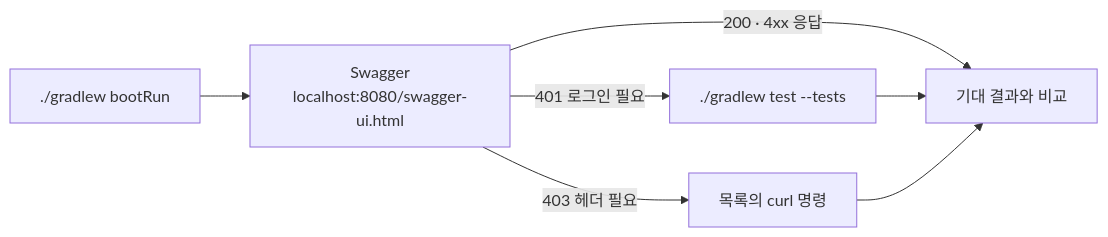
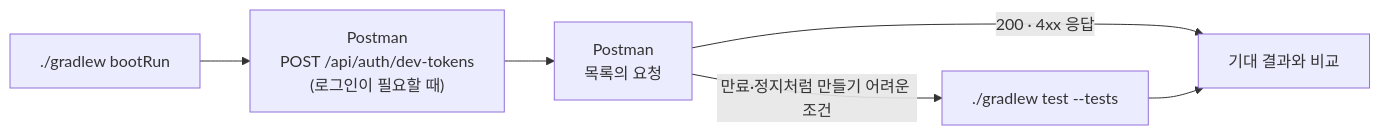
Before and after one commit to Jung-aejin/nyangmeong-backend: the fourth of 4 diagrams in README.md, drawn with Mermaid. The commit also changed other lines of this file and 73 other files, not shown here.

````diff
--- a/README.md
+++ b/README.md
@@ -140,9 +140,8 @@
 ```mermaid
 flowchart LR
-  R["./gradlew bootRun"] --> W["Swagger<br/>localhost:8080/swagger-ui.html"]
-  W -- 200 · 4xx 응답 --> OK[기대 결과와 비교]
-  W -- 401 로그인 필요 --> T["./gradlew test --tests"]
-  W -- 403 헤더 필요 --> CU[목록의 curl 명령]
+  R["./gradlew bootRun"] --> L["Postman<br/>POST /api/auth/dev-tokens<br/>(로그인이 필요할 때)"]
+  L --> P["Postman<br/>목록의 요청"]
+  P -- 200 · 4xx 응답 --> OK[기대 결과와 비교]
+  P -- 만료·정지처럼 만들기 어려운 조건 --> T["./gradlew test --tests"]
   T --> OK
-  CU --> OK
 ```
````
